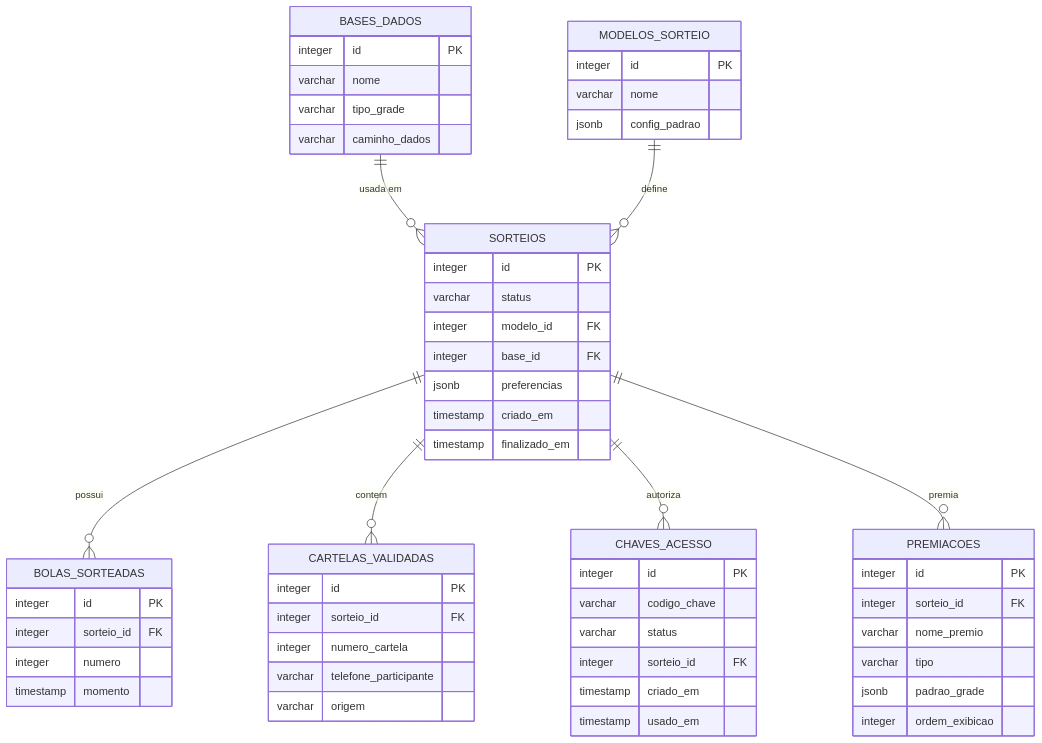
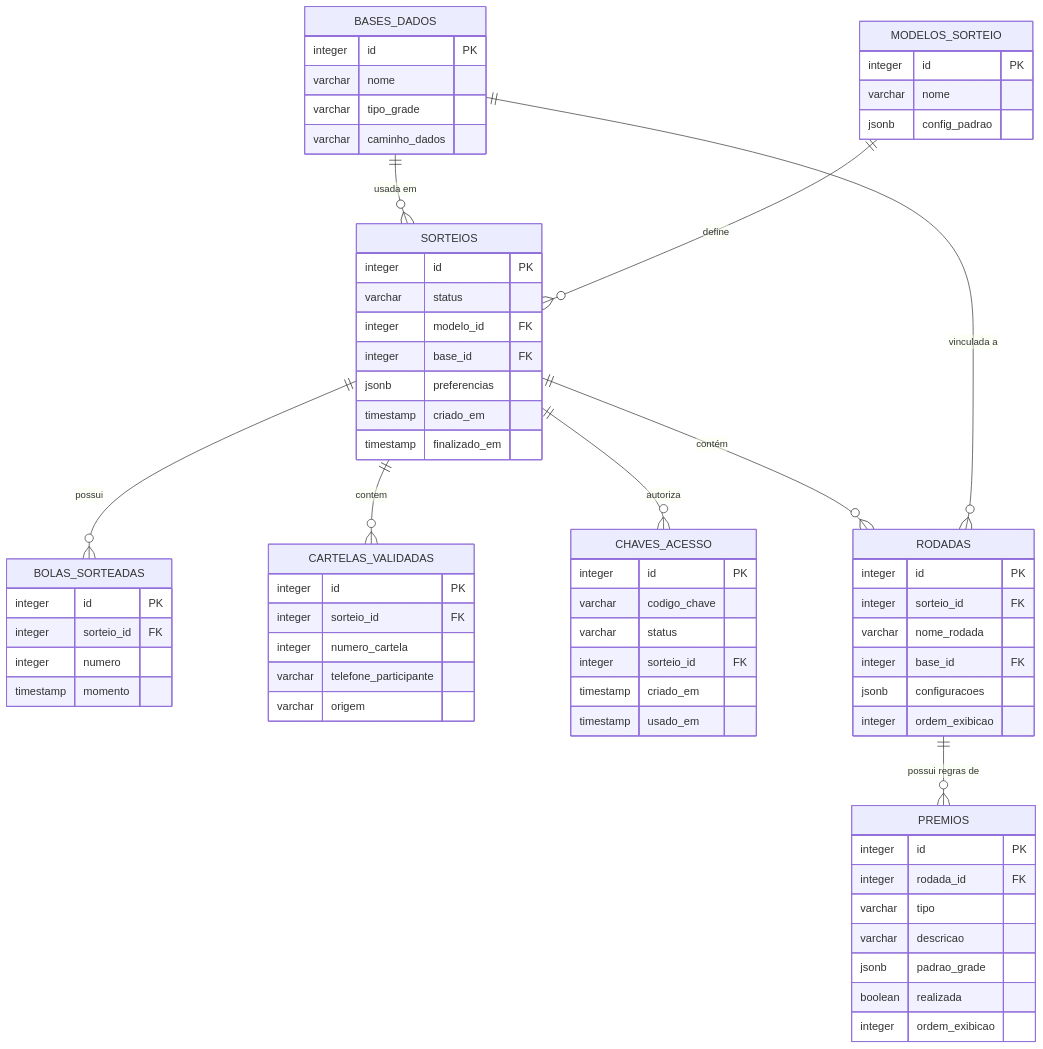
The diagram in DATABASE_STRUCTURE.md (josuerodriguesbr/bingosys-server-ws), drawn with Mermaid before and after one commit. The commit also changed other lines of this file and 33 other files, not shown here.

````diff
--- a/DATABASE_STRUCTURE.md
+++ b/DATABASE_STRUCTURE.md
@@ -5,65 +5,77 @@
 ```mermaid
 erDiagram
     SORTEIOS {
         integer id PK
         varchar status
         integer modelo_id FK
         integer base_id FK
         jsonb preferencias
         timestamp criado_em
         timestamp finalizado_em
     }
 
     BASES_DADOS {
         integer id PK
         varchar nome
         varchar tipo_grade
         varchar caminho_dados
     }
 
     MODELOS_SORTEIO {
         integer id PK
         varchar nome
         jsonb config_padrao
     }
 
     BOLAS_SORTEADAS {
         integer id PK
         integer sorteio_id FK
         integer numero
         timestamp momento
     }
 
     CARTELAS_VALIDADAS {
         integer id PK
         integer sorteio_id FK
         integer numero_cartela
         varchar telefone_participante
         varchar origem
     }
 
     CHAVES_ACESSO {
         integer id PK
         varchar codigo_chave
         varchar status
         integer sorteio_id FK
         timestamp criado_em
         timestamp usado_em
     }
 
-    PREMIACOES {
+    RODADAS {
         integer id PK
         integer sorteio_id FK
-        varchar nome_premio
+        varchar nome_rodada
+        integer base_id FK
+        jsonb configuracoes
+        integer ordem_exibicao
+    }
+
+    PREMIOS {
+        integer id PK
+        integer rodada_id FK
         varchar tipo
+        varchar descricao
         jsonb padrao_grade
+        boolean realizada
         integer ordem_exibicao
     }
 
     BASES_DADOS ||--o{ SORTEIOS : "usada em"
     MODELOS_SORTEIO ||--o{ SORTEIOS : "define"
     SORTEIOS ||--o{ BOLAS_SORTEADAS : "possui"
     SORTEIOS ||--o{ CARTELAS_VALIDADAS : "contem"
     SORTEIOS ||--o{ CHAVES_ACESSO : "autoriza"
-    SORTEIOS ||--o{ PREMIACOES : "premia"
+    SORTEIOS ||--o{ RODADAS : "contém"
+    RODADAS ||--o{ PREMIOS : "possui regras de"
+    BASES_DADOS ||--o{ RODADAS : "vinculada a"
 ```
````
